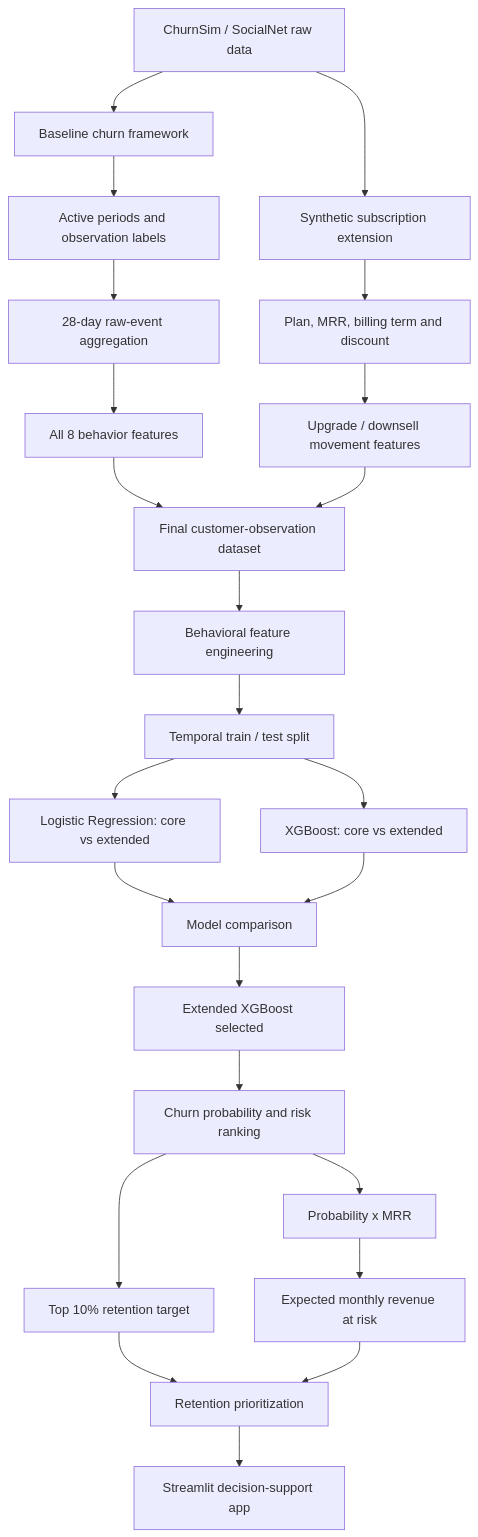
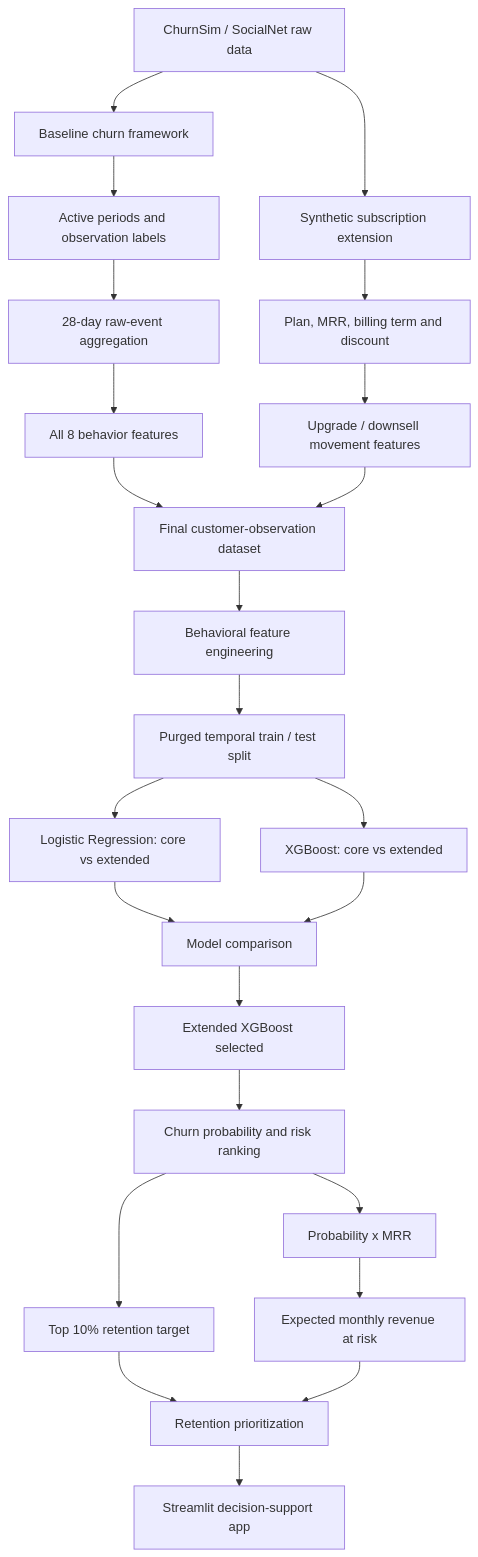
The diagram in README.md (htoor2026/fighting_with_churn), drawn with Mermaid before and after one commit. The commit also changed other lines of this file, not shown here.

Commit message:
Document purged validation and reproducible rebuild workflow

````diff
--- a/README.md
+++ b/README.md
@@ -48,26 +48,26 @@
 ```mermaid
 flowchart TD
     A[ChurnSim / SocialNet raw data] --> B[Baseline churn framework]
     B --> C[Active periods and observation labels]
     C --> D[28-day raw-event aggregation]
     D --> E[All 8 behavior features]
     A --> F[Synthetic subscription extension]
     F --> G[Plan, MRR, billing term and discount]
     G --> H[Upgrade / downsell movement features]
     E --> I[Final customer-observation dataset]
     H --> I
     I --> J[Behavioral feature engineering]
-    J --> K[Temporal train / test split]
+    J --> K[Purged temporal train / test split]
     K --> L[Logistic Regression: core vs extended]
     K --> M[XGBoost: core vs extended]
     L --> N[Model comparison]
     M --> N
     N --> O[Extended XGBoost selected]
     O --> P[Churn probability and risk ranking]
     P --> Q[Top 10% retention target]
     P --> R[Probability x MRR]
     R --> S[Expected monthly revenue at risk]
     Q --> T[Retention prioritization]
     S --> T
     T --> U[Streamlit decision-support app]
 ```
````
